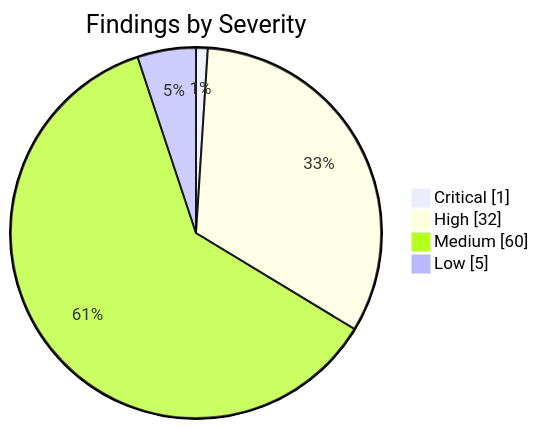
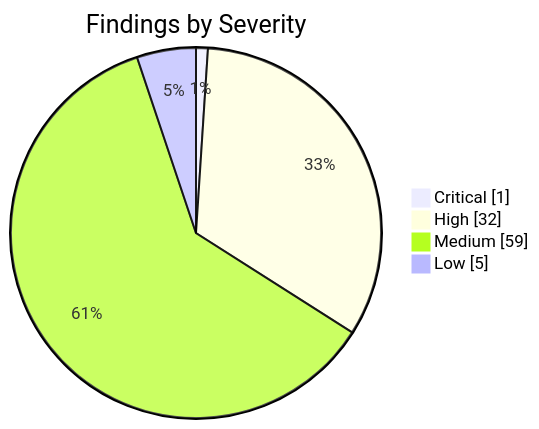
Before and after one commit to KBVE/kbve: the first of 2 diagrams in apps/kbve/astro-kbve/src/content/docs/dashboard/security.mdx, drawn with Mermaid. The commit also changed other lines of this file and 7 other files, not shown here.

````diff
--- a/apps/kbve/astro-kbve/src/content/docs/dashboard/security.mdx
+++ b/apps/kbve/astro-kbve/src/content/docs/dashboard/security.mdx
@@ -62,8 +62,8 @@
 ```mermaid
 pie showData
     title Findings by Severity
     "Critical" : 1
     "High" : 32
-    "Medium" : 60
+    "Medium" : 59
     "Low" : 5
 ```
````
